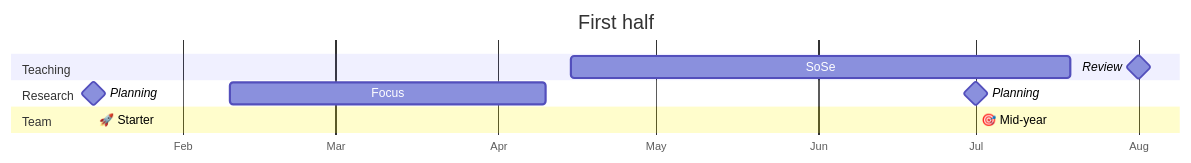
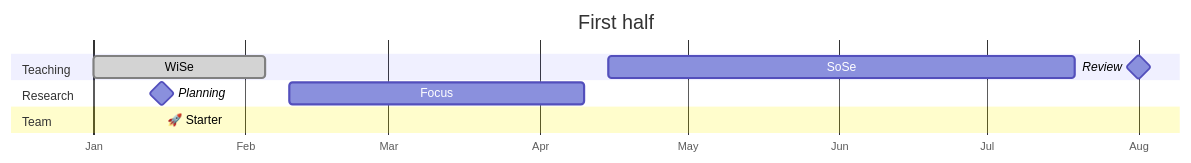
One commit to digital-work-lab/handbook changed the first of 2 diagrams in docs/02.calendar.md. Above: the diagram before and after it, drawn with Mermaid.

````diff
--- a/docs/02.calendar.md
+++ b/docs/02.calendar.md
@@ -11,23 +11,22 @@
 ```mermaid
 ---
 displayMode: compact
 ---
 gantt
     title First half
     dateFormat  YYYY-MM-DD
     todayMarker stroke-width:5px,stroke:red,opacity:0.8
     axisFormat %b
     section Teaching
+    WiSe           :done, 2024-01-01, 35d
     SoSe           :a1, 2024-04-15, 95d
     Review   :milestone, 2024-08-01, milestone
 
     section Research
     Planning :milestone, 2024-01-15, milestone
-    Planning :milestone, 2024-07-01, milestone
 
     Focus           :a2, 2024-02-10, 60d
 
     section Team
     🚀 Starter :b1, 2024-01-15, milestone
-    🎯 Mid-year :b1, 2024-07-01, milestone
 ```
````
